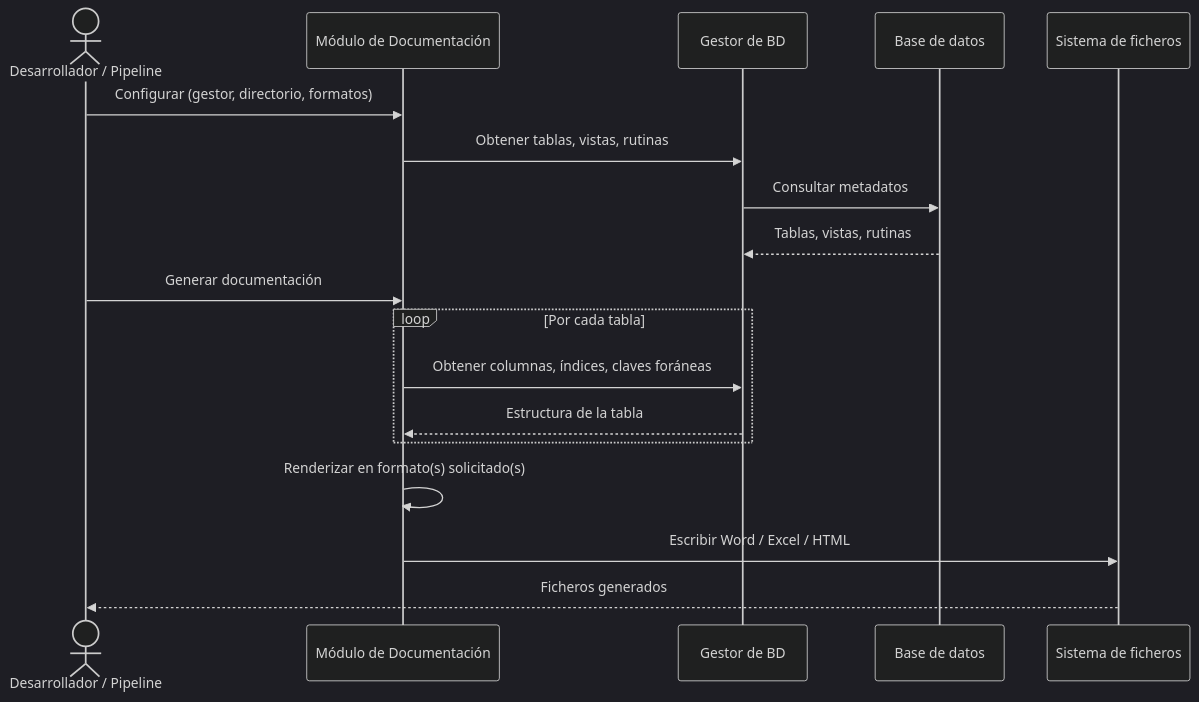
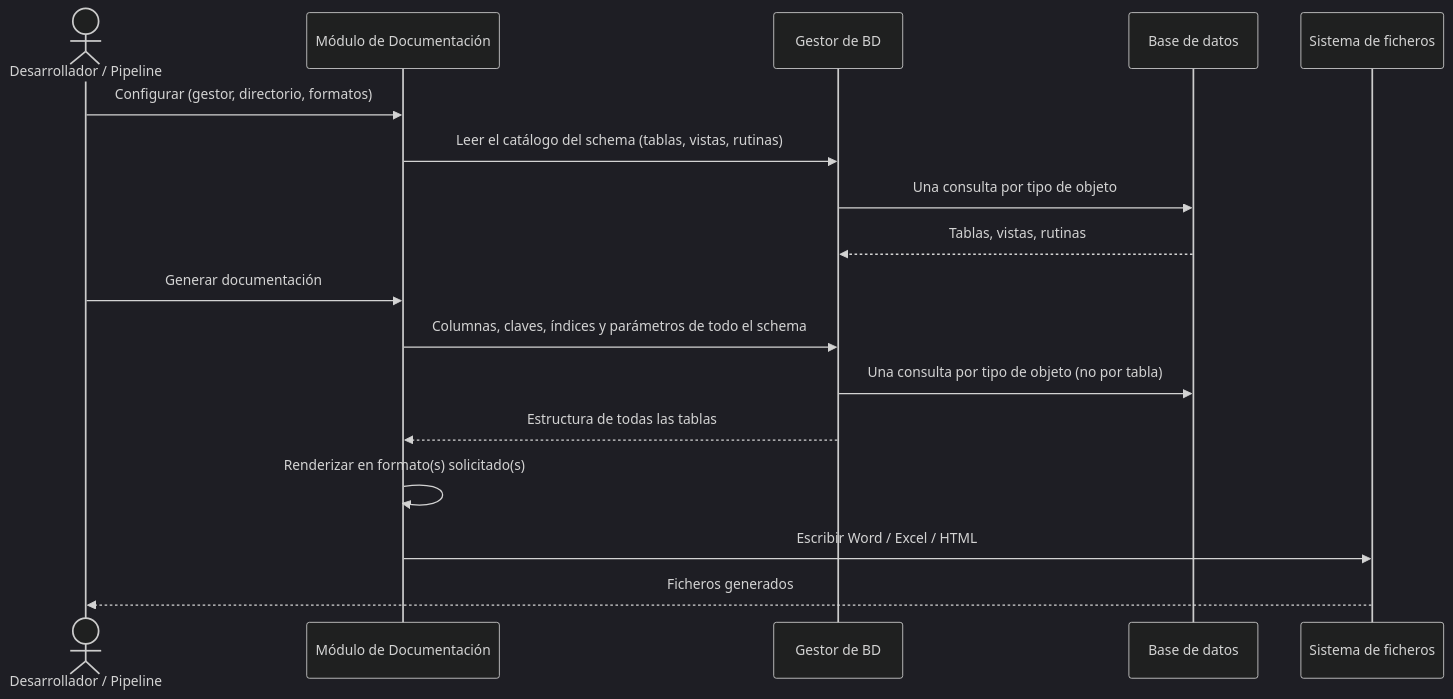
The diagram in docs/functional/database_documentation.md (fmanza/util_bbdd), drawn with Mermaid (dark theme) before and after one commit. The commit also changed other lines of this file and 34 other files, not shown here.

First line of the commit message:
perf(doc)!: catálogo por lotes y formato común en todos los motores (D1)

````diff
--- a/docs/functional/database_documentation.md
+++ b/docs/functional/database_documentation.md
@@ -33,23 +33,21 @@
 ```mermaid
 sequenceDiagram
     actor Dev as Desarrollador / Pipeline
     participant Doc as Módulo de Documentación
     participant Mgr as Gestor de BD
     participant BD as Base de datos
     participant FS as Sistema de ficheros
 
     Dev->>Doc: Configurar (gestor, directorio, formatos)
-    Doc->>Mgr: Obtener tablas, vistas, rutinas
-    Mgr->>BD: Consultar metadatos
+    Doc->>Mgr: Leer el catálogo del schema (tablas, vistas, rutinas)
+    Mgr->>BD: Una consulta por tipo de objeto
     BD-->>Mgr: Tablas, vistas, rutinas
     Dev->>Doc: Generar documentación
-
-    loop Por cada tabla
-        Doc->>Mgr: Obtener columnas, índices, claves foráneas
-        Mgr-->>Doc: Estructura de la tabla
-    end
+    Doc->>Mgr: Columnas, claves, índices y parámetros de todo el schema
+    Mgr->>BD: Una consulta por tipo de objeto (no por tabla)
+    Mgr-->>Doc: Estructura de todas las tablas
 
     Doc->>Doc: Renderizar en formato(s) solicitado(s)
     Doc->>FS: Escribir Word / Excel / HTML
     FS-->>Dev: Ficheros generados
 ```
````
